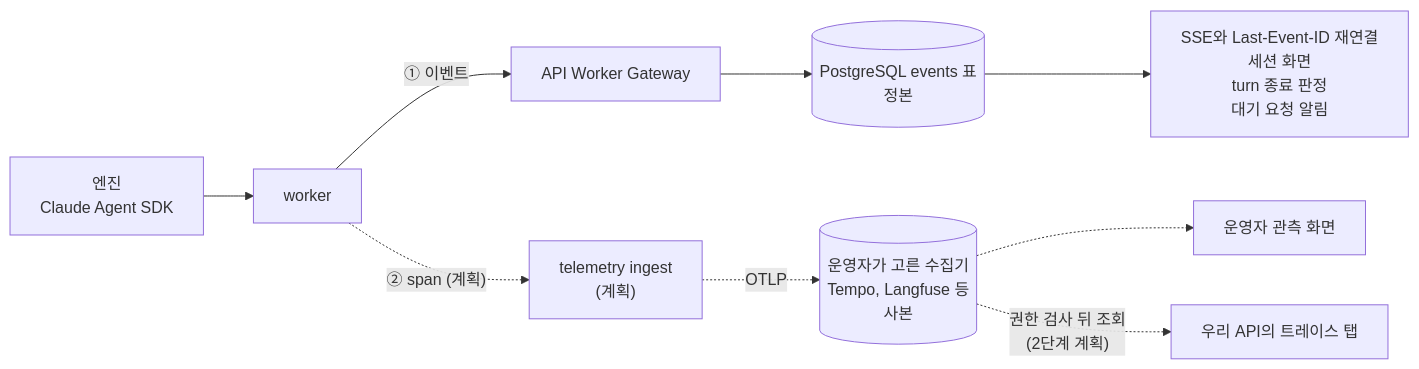
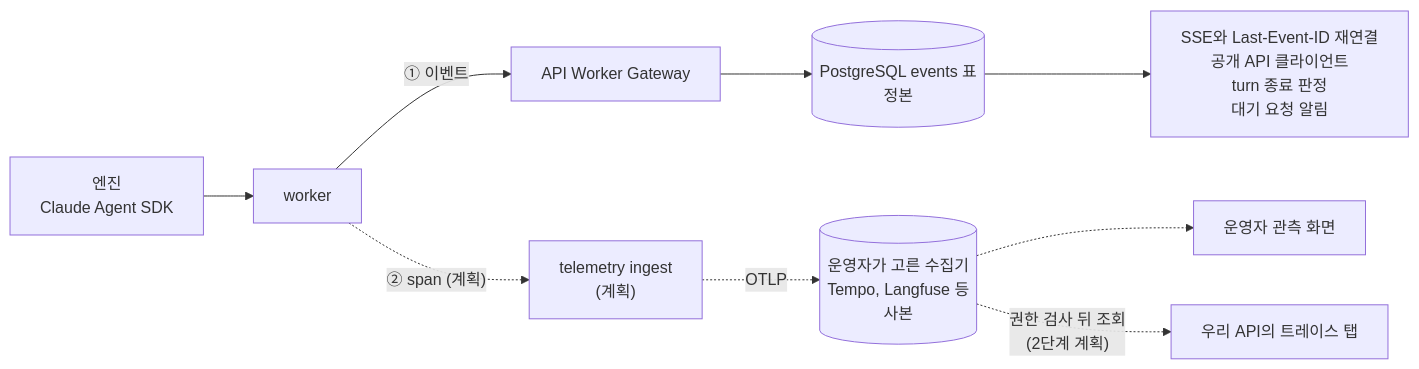
Before and after one commit to JeongJaeSoon/agent-platform: the diagram in docs/observability.md, drawn with Mermaid. The commit also changed other lines of this file, not shown here.

````diff
--- a/docs/observability.md
+++ b/docs/observability.md
@@ -9,11 +9,11 @@
 ```mermaid
 flowchart LR
   engine["엔진<br/>Claude Agent SDK"] --> worker["worker"]
   worker -->|"① 이벤트"| gateway["API Worker Gateway"]
   gateway --> events[("PostgreSQL events 표<br/>정본")]
-  events --> uses["SSE와 Last-Event-ID 재연결<br/>세션 화면<br/>turn 종료 판정<br/>대기 요청 알림"]
+  events --> uses["SSE와 Last-Event-ID 재연결<br/>공개 API 클라이언트<br/>turn 종료 판정<br/>대기 요청 알림"]
   worker -.->|"② span (계획)"| ingest["telemetry ingest<br/>(계획)"]
   ingest -.->|"OTLP"| collector[("운영자가 고른 수집기<br/>Tempo, Langfuse 등<br/>사본")]
   collector -.-> operator["운영자 관측 화면"]
   collector -.->|"권한 검사 뒤 조회<br/>(2단계 계획)"| tab["우리 API의 트레이스 탭"]
 ```
````
